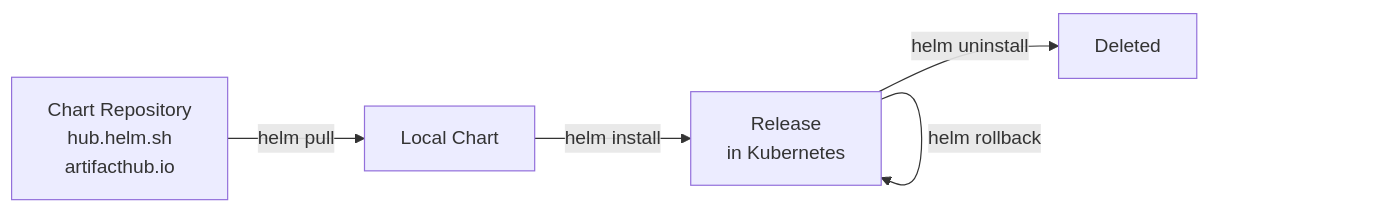
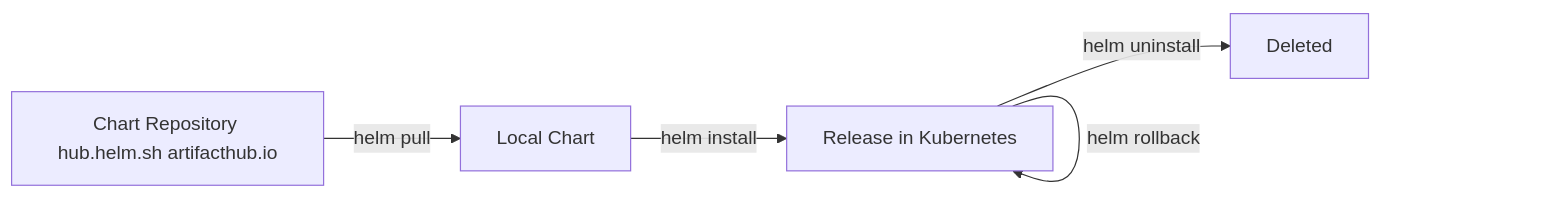
Before and after one commit to UncleJS/course_k3s: the first of 2 diagrams in 08_helm/01_helm_basics.md, drawn with Mermaid. The commit also changed other lines of this file and 57 other files, not shown here.

````diff
--- a/08_helm/01_helm_basics.md
+++ b/08_helm/01_helm_basics.md
@@ -30,8 +30,8 @@
 ```mermaid
 graph LR
-    CR[Chart Repository\nhub.helm.sh\nartifacthub.io] -->|helm pull| LC[Local Chart]
-    LC -->|helm install| R[Release\nin Kubernetes]
+    CR[Chart Repository hub.helm.sh artifacthub.io] -->|helm pull| LC[Local Chart]
+    LC -->|helm install| R[Release in Kubernetes]
     R -->|helm upgrade| R
     R -->|helm rollback| R
     R -->|helm uninstall| D[Deleted]
 ```
````
